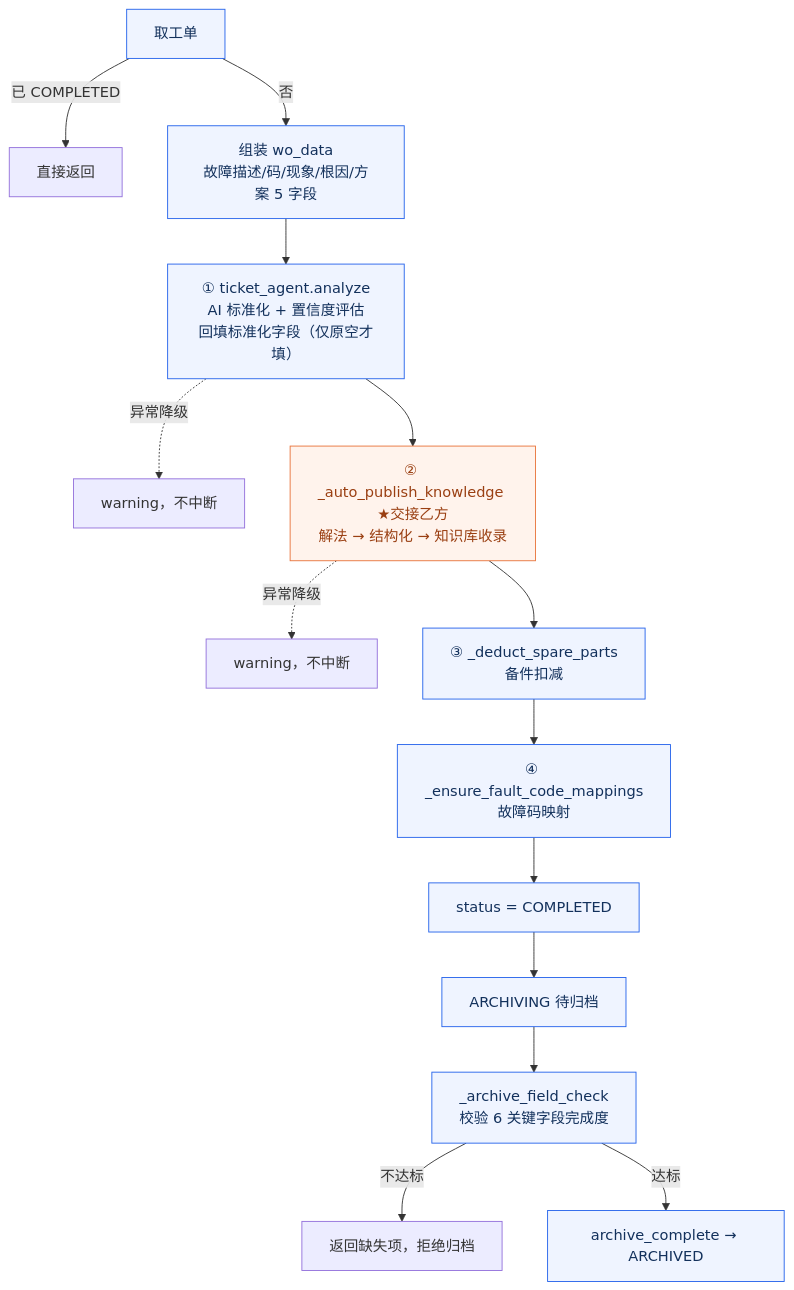
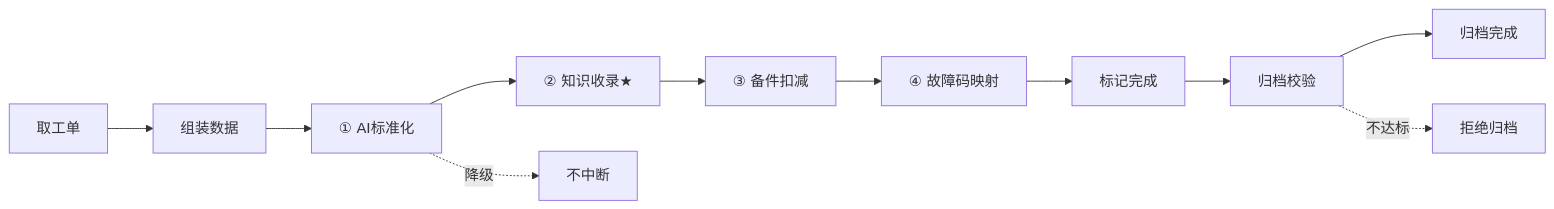
The first of 2 diagrams in 项目说明/两人任务分工方案.md (engoyP/Smart-Repair-System), drawn with Mermaid before and after one commit. The commit also changed other lines of this file, not shown here.

````diff
--- a/项目说明/两人任务分工方案.md
+++ b/项目说明/两人任务分工方案.md
@@ -180,21 +179,13 @@
 ```mermaid
-flowchart TD
-    A["取工单"] -->|已 COMPLETED| Z["直接返回"]
-    A -->|否| B["组装 wo_data<br/>故障描述/码/现象/根因/方案 5 字段"]
-    B --> C["① ticket_agent.analyze<br/>AI 标准化 + 置信度评估<br/>回填标准化字段（仅原空才填）"]
-    C -. 异常降级 .-> C2["warning，不中断"]
-    C --> D["② _auto_publish_knowledge ★交接乙方<br/>解法 → 结构化 → 知识库收录"]
-    D -. 异常降级 .-> D2["warning，不中断"]
-    D --> E["③ _deduct_spare_parts<br/>备件扣减"]
-    E --> F["④ _ensure_fault_code_mappings<br/>故障码映射"]
-    F --> G["status = COMPLETED"]
-    G --> H["ARCHIVING 待归档"]
-    H --> I["_archive_field_check<br/>校验 6 关键字段完成度"]
-    I -->|不达标| I2["返回缺失项，拒绝归档"]
-    I -->|达标| J["archive_complete → ARCHIVED"]
-
-    classDef aFill fill:#EFF4FF,stroke:#2563EB,color:#13315C
-    classDef hl fill:#FFF3EC,stroke:#E8743B,color:#9A3F12
-    class A,B,C,E,F,G,H,I,J aFill
-    class D hl
+flowchart LR
+    A[取工单] --> B[组装数据]
+    B --> C["① AI标准化"]
+    C --> D["② 知识收录★"]
+    D --> E["③ 备件扣减"]
+    E --> F["④ 故障码映射"]
+    F --> G[标记完成]
+    G --> H[归档校验]
+    H --> I[归档完成]
+    C -. 降级 .-> C2[不中断]
+    H -. 不达标 .-> H2[拒绝归档]
 ```
````
